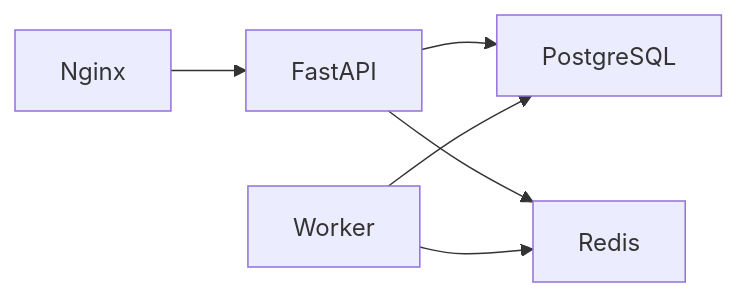
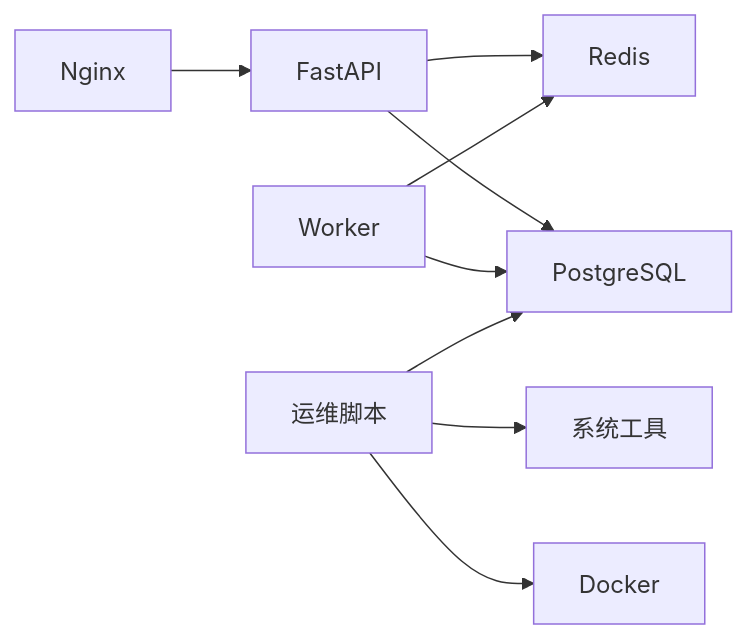
One commit to vu1Art1st/talos changed the eighth of 8 diagrams in .qoder/repowiki/zh/content/部署配置/部署配置.md. Above: the diagram before and after it, drawn with Mermaid. The commit also changed other lines of this file and 129 other files, not shown here.

````diff
--- a/.qoder/repowiki/zh/content/部署配置/部署配置.md
+++ b/.qoder/repowiki/zh/content/部署配置/部署配置.md
@@ -294,8 +457,11 @@
 ```mermaid
 graph LR
 API["FastAPI"] --> DB["PostgreSQL"]
 API --> REDIS["Redis"]
 WORKER["Worker"] --> REDIS
 WORKER --> DB
 NGINX["Nginx"] --> API
+OPS["运维脚本"] --> DB
+OPS --> DOCKER["Docker"]
+OPS --> SYSTEM["系统工具"]
 ```
````
